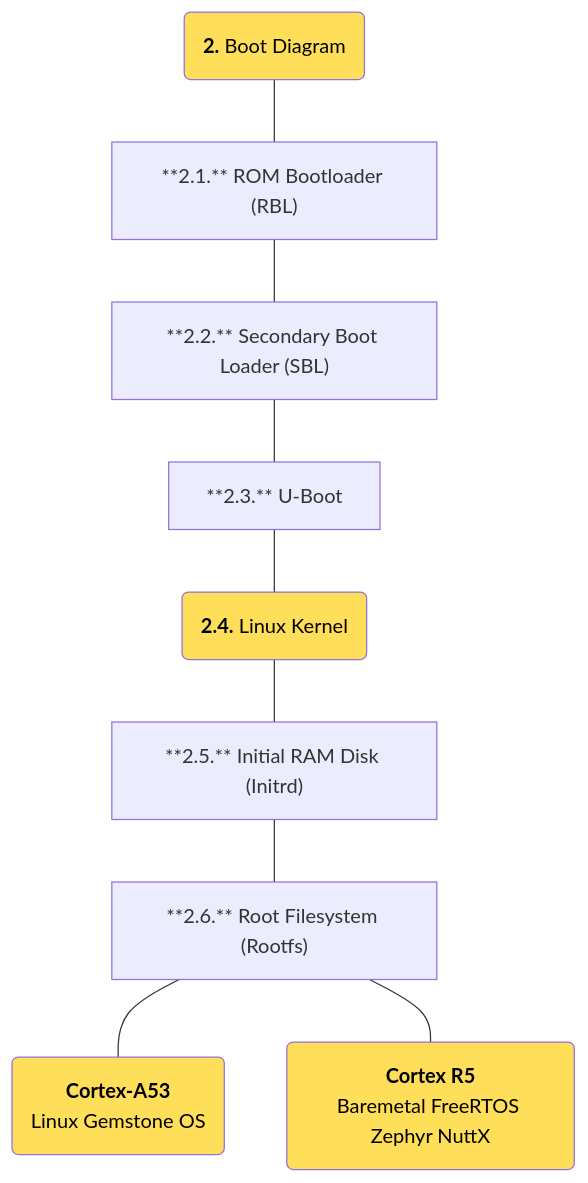
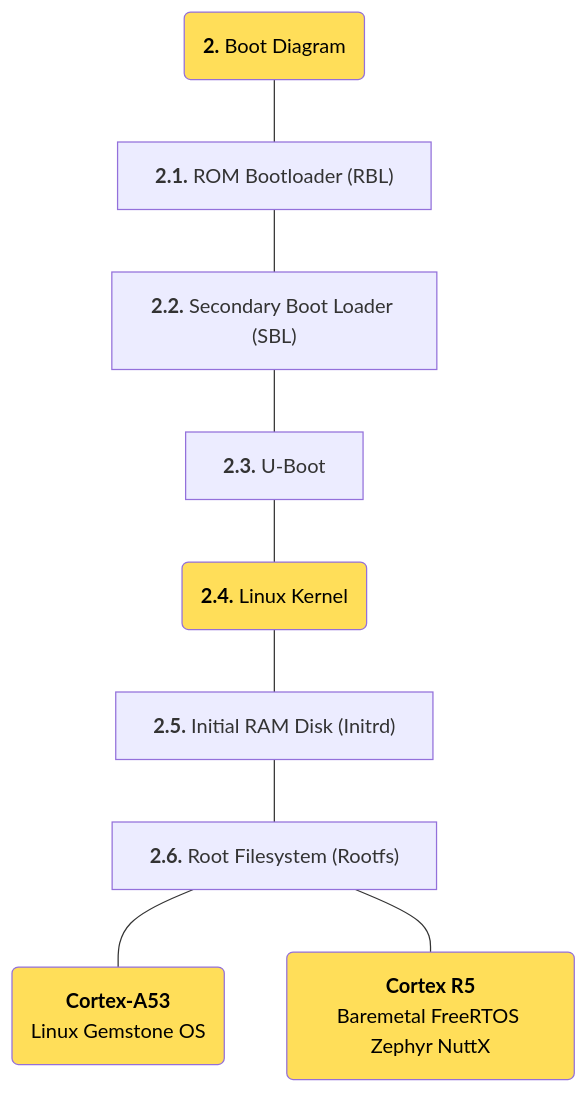
Before and after one commit to t3gemstone/docs: the diagram in snippets/boards/o1/bootflow.mdx, drawn with Mermaid. The commit also changed 176 other files, not shown here.

````diff
--- a/snippets/boards/o1/bootflow.mdx
+++ b/snippets/boards/o1/bootflow.mdx
@@ -2,17 +2,17 @@
 ```mermaid
 flowchart
-	n1@{ shape: "rounded", label: "**2.** Boot Diagram" } --- n2["**2.1.** ROM Bootloader (RBL)"]
-  n2["**2.1.** ROM Bootloader (RBL)"]
-	n2["**2.1.** ROM Bootloader (RBL)"] --- n3["**2.2.** Secondary Boot Loader (SBL)"]
-	n3 --- n4["**2.3.** U-Boot"]
-	n4 --- n5@{ shape: "rounded", label: "**2.4.** Linux Kernel" }
-	n5 --- n6["**2.5.** Initial RAM Disk (Initrd)"]
+	n1@{ shape: "rounded", label: "**2.** Boot Diagram" } --- n2@{ label: "**2.1.** ROM Bootloader (RBL)" }
+  n2@{ label: "**2.1.** ROM Bootloader (RBL)" }
+	n2@{ label: "**2.1.** ROM Bootloader (RBL)" } --- n3@{ label: "**2.2.** Secondary Boot Loader (SBL)" }
+	n3@{ label: "**2.2.** Secondary Boot Loader (SBL)" } --- n4@{ label: "**2.3.** U-Boot" }
+	n4@{ label: "**2.3.** U-Boot" } --- n5@{ shape: "rounded", label: "**2.4.** Linux Kernel" }
+	n5@{ label: "**2.4.** Linux Kernel" } --- n6@{ label: "**2.5.** Initial RAM Disk (Initrd)" }
 	style n1 color:#000000,fill:#FFDE59
-	n6 --- n7["**2.6.** Root Filesystem (Rootfs)"]
-	n7 --- n8@{ shape: "rounded", label: "**Cortex-A53**<br>Linux Gemstone OS" }
-	n7["**2.6.** Root Filesystem (Rootfs)"] --- n9@{ shape: "rounded", label: "**Cortex R5**<br>Baremetal FreeRTOS Zephyr NuttX" }
+	n6 --- n7@{ label: "**2.6.** Root Filesystem (Rootfs)" }
+	n7@{ label: "**2.6.** Root Filesystem (Rootfs)" } --- n8@{ shape: "rounded", label: "**Cortex-A53**<br>Linux Gemstone OS" }
+	n7@{ label: "**2.6.** Root Filesystem (Rootfs)" } --- n9@{ shape: "rounded", label: "**Cortex R5**<br>Baremetal FreeRTOS Zephyr NuttX" }
 	n8@{ shape: "rounded", label: "**Cortex-A53**<br>Linux Gemstone OS" }
 	style n8 color:#000000,fill:#FFDE59
 	style n9 color:#000000,fill:#FFDE59
 	style n5 color:#000000,fill:#FFDE59
 ```
````
